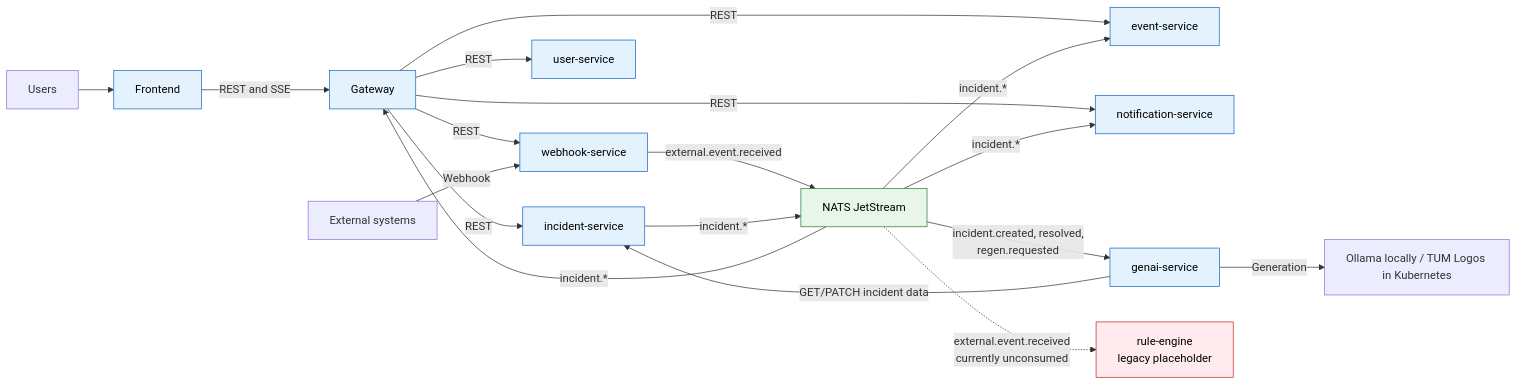
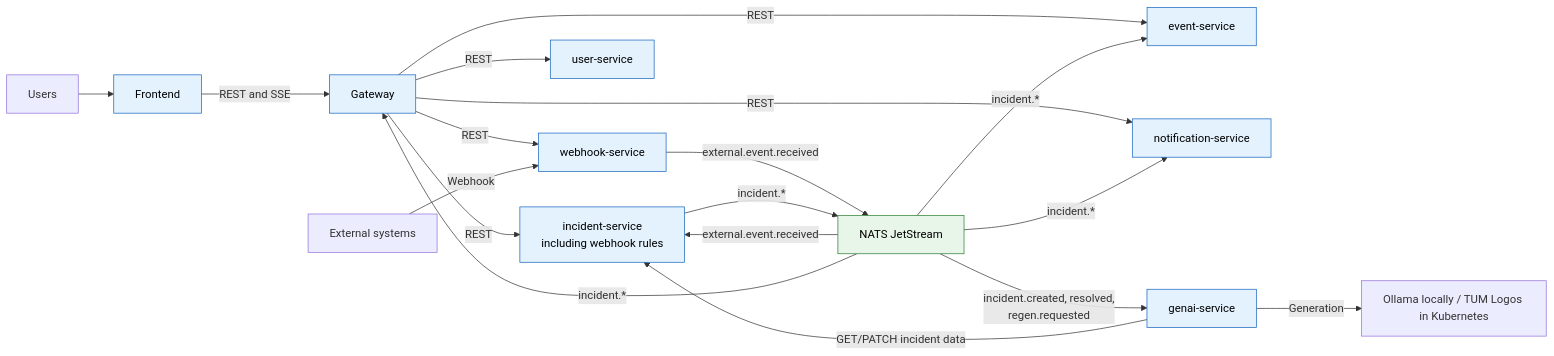
The diagram in README.md (AET-DevOps26/team-panic-at-the-console), drawn with Mermaid before and after one commit. The commit also changed other lines of this file and 12 other files, not shown here.

````diff
--- a/README.md
+++ b/README.md
@@ -74,32 +73,28 @@
 ```mermaid
 flowchart LR
     user["Users"] --> frontend["Frontend"]
     frontend -->|REST and SSE| gateway["Gateway"]
 
-    gateway -->|REST| incident["incident-service"]
+    gateway -->|REST| incident["incident-service<br/>including webhook rules"]
     gateway -->|REST| events["event-service"]
     gateway -->|REST| users["user-service"]
     gateway -->|REST| notifications["notification-service"]
     gateway -->|REST| webhooks["webhook-service"]
 
     external["External systems"] -->|Webhook| webhooks
     webhooks -->|external.event.received| nats["NATS JetStream"]
+    nats -->|external.event.received| incident
     incident -->|incident.*| nats
 
     nats -->|incident.*| events
     nats -->|incident.*| notifications
     nats -->|incident.created, resolved,<br/>regen.requested| genai["genai-service"]
     nats -->|incident.*| gateway
     genai -->|GET/PATCH incident data| incident
     genai -->|Generation| llm["Ollama locally / TUM Logos in Kubernetes"]
 
-    ruleEngine["rule-engine<br/>legacy placeholder"]
-    nats -.->|external.event.received<br/>currently unconsumed| ruleEngine
-
     classDef app fill:#e3f2fd,stroke:#1565c0,color:#000
     classDef bus fill:#e8f5e9,stroke:#2e7d32,color:#000
-    classDef legacy fill:#ffebee,stroke:#c62828,color:#000
     class frontend,gateway,incident,events,users,notifications,webhooks,genai app
     class nats bus
-    class ruleEngine legacy
 ```
````
